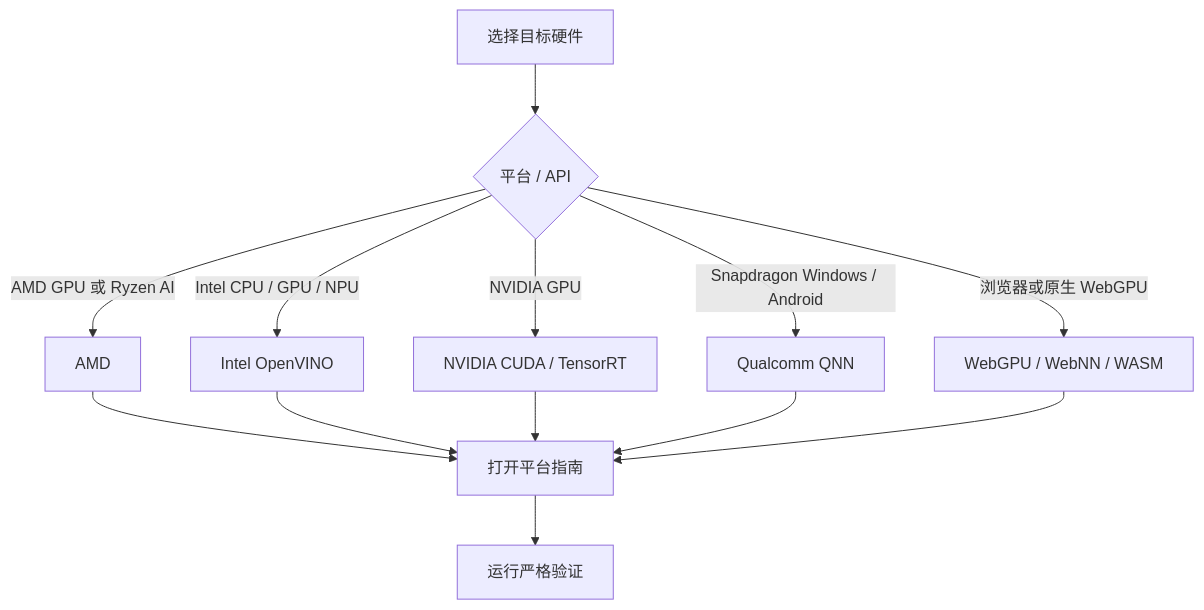
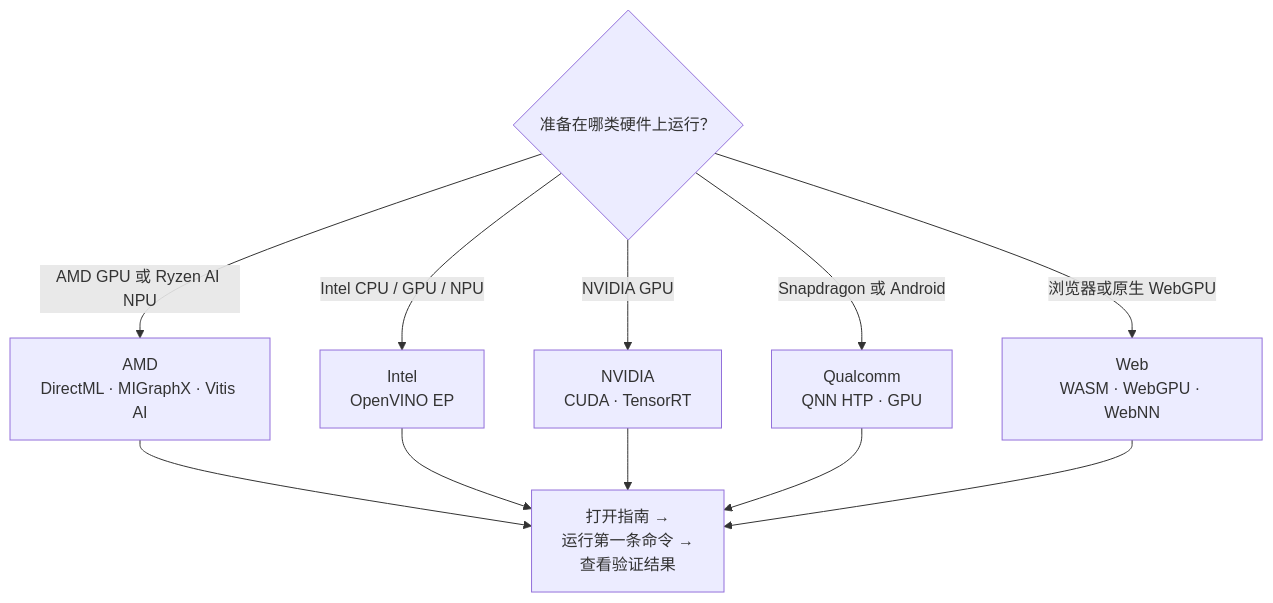
Before and after one commit to DakeQQ/Tutorial-ONNX-Runtime-Execution-Providers: the fourth of 6 diagrams in README.zh-CN.md, drawn with Mermaid. The commit also changed other lines of this file and 1 other file, not shown here.

````diff
--- a/README.zh-CN.md
+++ b/README.zh-CN.md
@@ -39,15 +111,14 @@
 ```mermaid
 flowchart TD
-    A[选择目标硬件] --> B{平台 / API}
-    B -->|AMD GPU 或 Ryzen AI| AMD[AMD]
-    B -->|Intel CPU / GPU / NPU| INTEL[Intel OpenVINO]
-    B -->|NVIDIA GPU| NVIDIA[NVIDIA CUDA / TensorRT]
-    B -->|Snapdragon Windows / Android| QCOM[Qualcomm QNN]
-    B -->|浏览器或原生 WebGPU| WEB[WebGPU / WebNN / WASM]
-    AMD --> GUIDE[打开平台指南]
-    INTEL --> GUIDE
-    NVIDIA --> GUIDE
-    QCOM --> GUIDE
-    WEB --> GUIDE
-    GUIDE --> TEST[运行严格验证]
+    A{"准备在哪类硬件上运行？"}
+    A -->|AMD GPU 或 Ryzen AI NPU| AMD["AMD<br/>DirectML · MIGraphX · Vitis AI"]
+    A -->|Intel CPU / GPU / NPU| INT["Intel<br/>OpenVINO EP"]
+    A -->|NVIDIA GPU| NV["NVIDIA<br/>CUDA · TensorRT"]
+    A -->|Snapdragon 或 Android| QC["Qualcomm<br/>QNN HTP · GPU"]
+    A -->|浏览器或原生 WebGPU| WEB["Web<br/>WASM · WebGPU · WebNN"]
+    AMD --> G["打开指南 →<br/>运行第一条命令 →<br/>查看验证结果"]
+    INT --> G
+    NV --> G
+    QC --> G
+    WEB --> G
 ```
````
